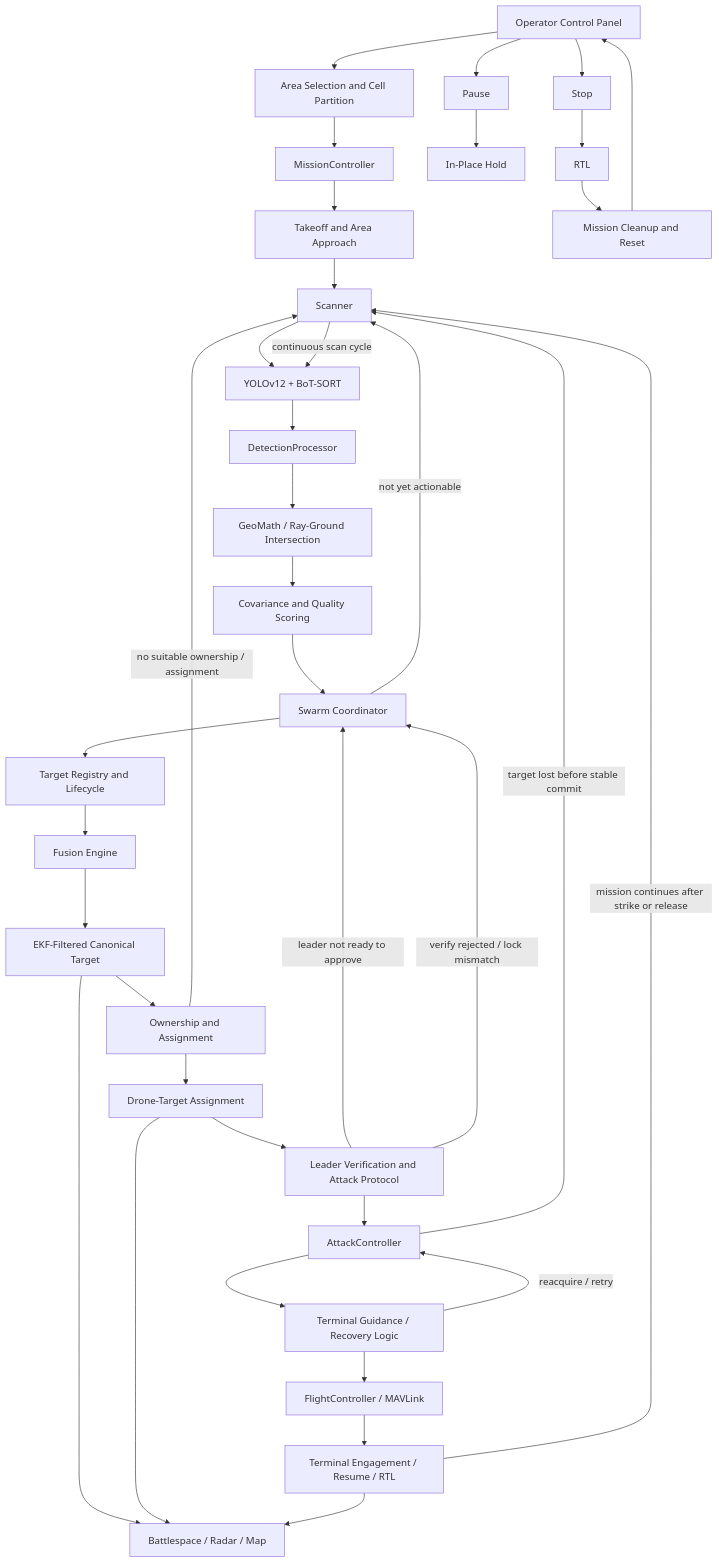
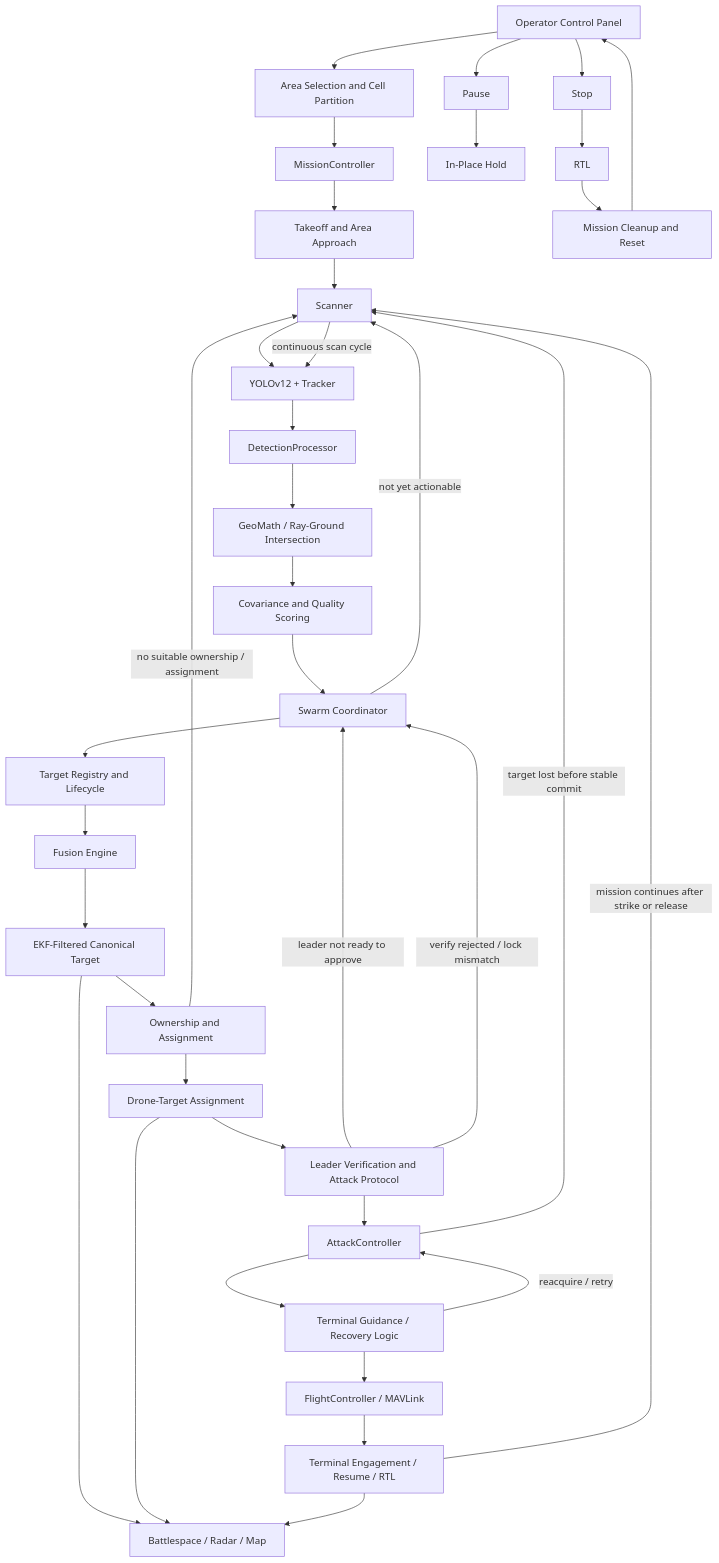
The first of 4 diagrams in README.md (koesan/ORCUS), drawn with Mermaid before and after one commit. The commit also changed other lines of this file and 18 other files, not shown here.

````diff
--- a/README.md
+++ b/README.md
@@ -71,43 +74,43 @@
 ```mermaid
 flowchart TD
     A[Operator Control Panel] --> B[Area Selection and Cell Partition]
     B --> C[MissionController]
     C --> D[Takeoff and Area Approach]
     D --> E[Scanner]
-    E --> F[YOLOv12 + BoT-SORT]
+    E --> F[YOLOv12 + Tracker]
     F --> G[DetectionProcessor]
     G --> H[GeoMath / Ray-Ground Intersection]
     H --> I[Covariance and Quality Scoring]
     I --> J[Swarm Coordinator]
 
     J --> K[Target Registry and Lifecycle]
     K --> L[Fusion Engine]
     L --> M[EKF-Filtered Canonical Target]
     M --> N[Ownership and Assignment]
     N --> O[Drone-Target Assignment]
     O --> P[Leader Verification and Attack Protocol]
     P --> Q[AttackController]
     Q --> R[Terminal Guidance / Recovery Logic]
     R --> S[FlightController / MAVLink]
     S --> T[Terminal Engagement / Resume / RTL]
 
     M --> U[Battlespace / Radar / Map]
     O --> U
     T --> U
 
     E -->|continuous scan cycle| F
     J -->|not yet actionable| E
     N -->|no suitable ownership / assignment| E
     P -->|leader not ready to approve| J
     P -->|verify rejected / lock mismatch| J
     Q -->|target lost before stable commit| E
     R -->|reacquire / retry| Q
     T -->|mission continues after strike or release| E
 
     A --> V[Pause]
     A --> W[Stop]
     V --> X[In-Place Hold]
     W --> Y[RTL]
     Y --> Z[Mission Cleanup and Reset]
     Z --> A
 ```
````
